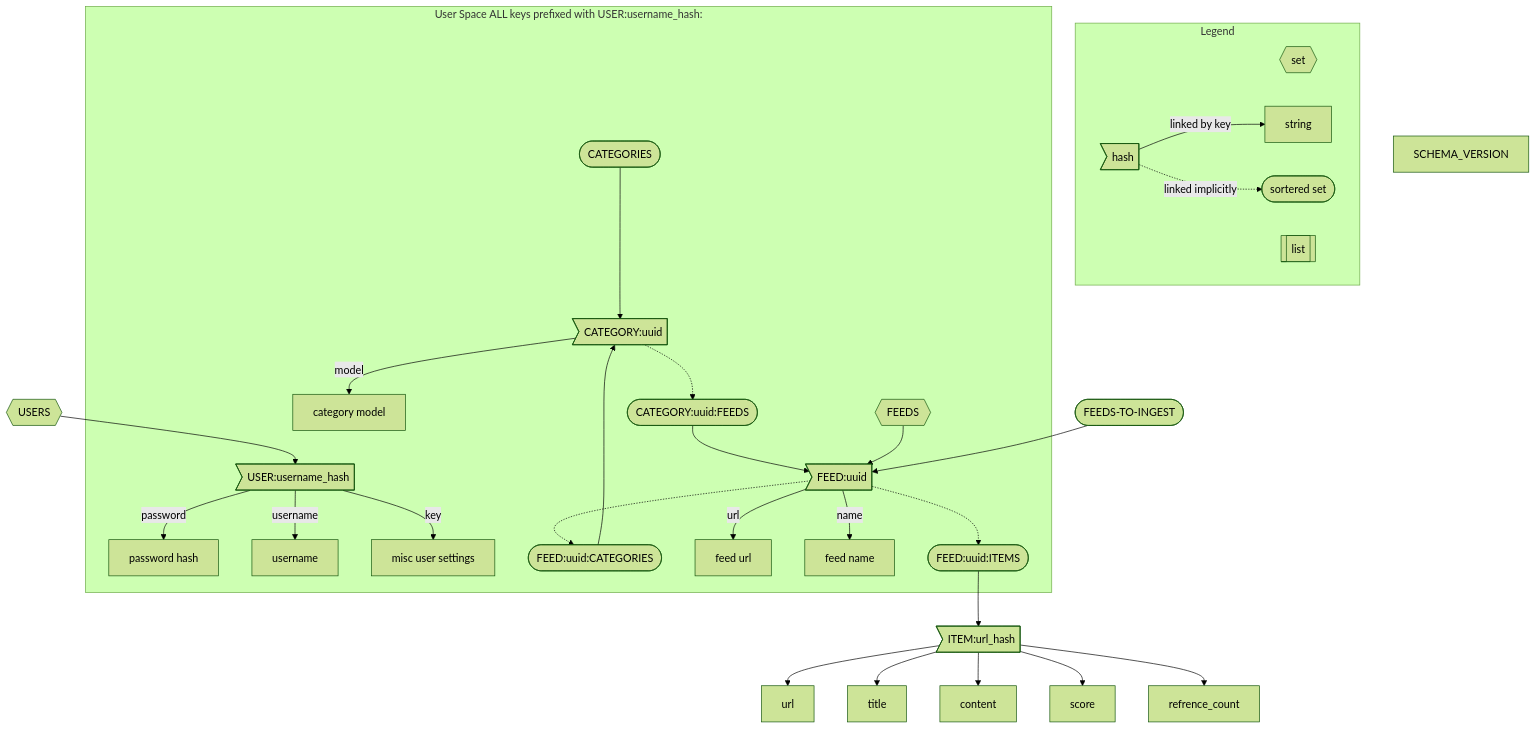
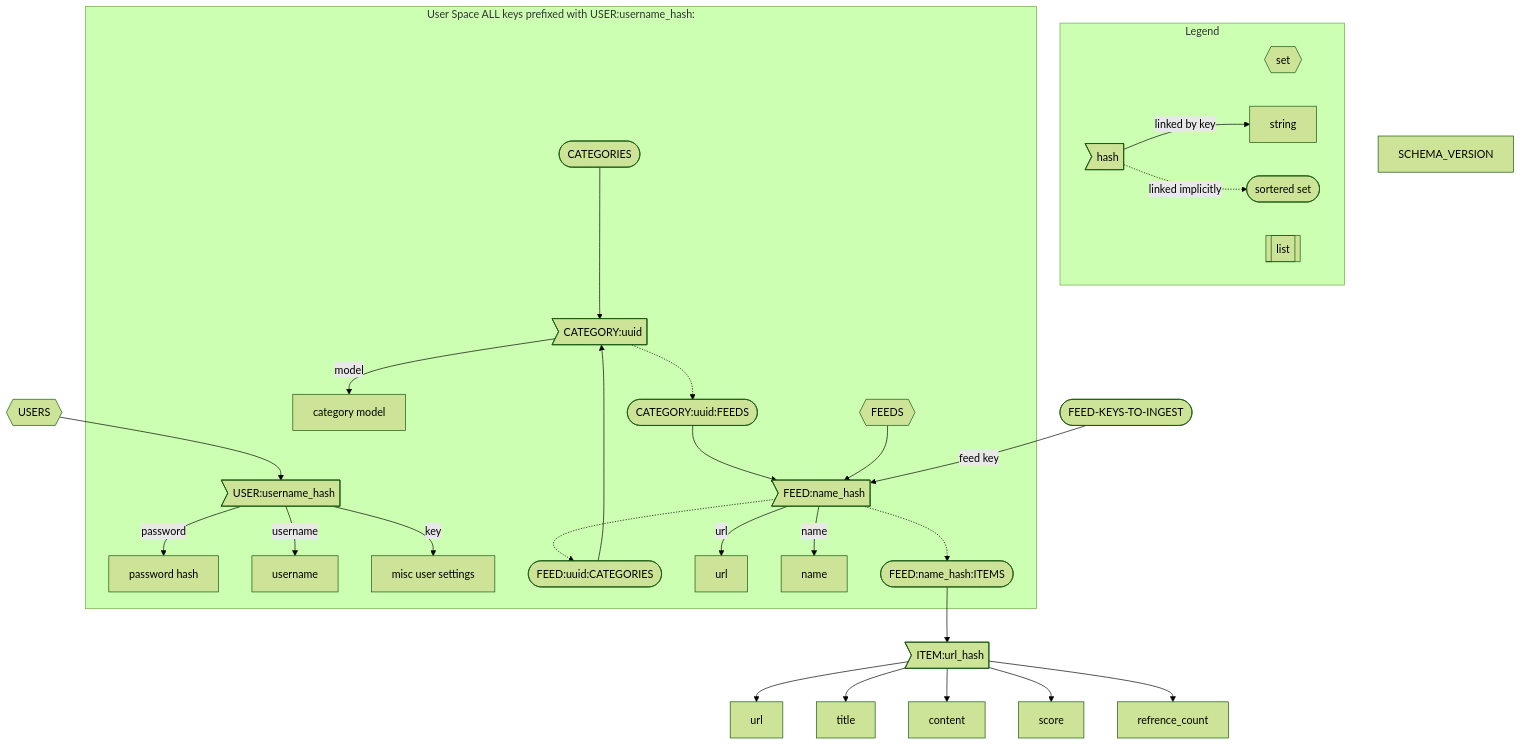
One commit to mullinmax/aggy changed the diagram in README.md. Above: the diagram before and after it, drawn with Mermaid (forest theme). The commit also changed 6 other files, not shown here.

````diff
--- a/README.md
+++ b/README.md
@@ -24,59 +24,59 @@
 ```mermaid
 flowchart TB
 
     subgraph Legend
         direction LR
         set{{set}}
         sorted_set([sortered set])
         string[string]
         hash>hash]
         list[[list]]
         hash --linked by key-->string
         hash -.linked implicitly.-> sorted_set
     end
 
     subgraph User Space ALL keys prefixed with USER:username_hash:
         user>USER:username_hash] 
         user--password--> password_hash[password hash]
         user--username--> username[username]
         user--key-->misc_user_settings[misc user settings]
         
         categories([CATEGORIES])
         category>CATEGORY:uuid]
         category_model[category model]
         category_feeds([CATEGORY:uuid:FEEDS])
         feed_categories([FEED:uuid:CATEGORIES])
         feeds{{FEEDS}}
-        feed>FEED:uuid]
-        feed_url[feed url]
-        feed_name[feed name]
-        items([FEED:uuid:ITEMS])
+        feed>FEED:name_hash]
+        feed_url[url]
+        feed_name[name]
+        items([FEED:name_hash:ITEMS])
 
         
         categories --> category
         
         category --model--> category_model
         category -.-> category_feeds
         category_feeds --> feed
         feeds --> feed
         feed -.-> feed_categories
         feed_categories --> category
         feed --url--> feed_url
         feed --name--> feed_name
         feed -.-> items
 
         
     end
 
     items-->item
     item>ITEM:url_hash]
     item-->url
     item-->title
     item-->content
     item-->score
     item-->refrence_count
     schema_version[SCHEMA_VERSION]
     users{{USERS}} --> user
-    feeds_to_ingest([FEEDS-TO-INGEST]) --> feed
+    feeds_to_ingest([FEED-KEYS-TO-INGEST]) --feed key--> feed
 
 ```
````
